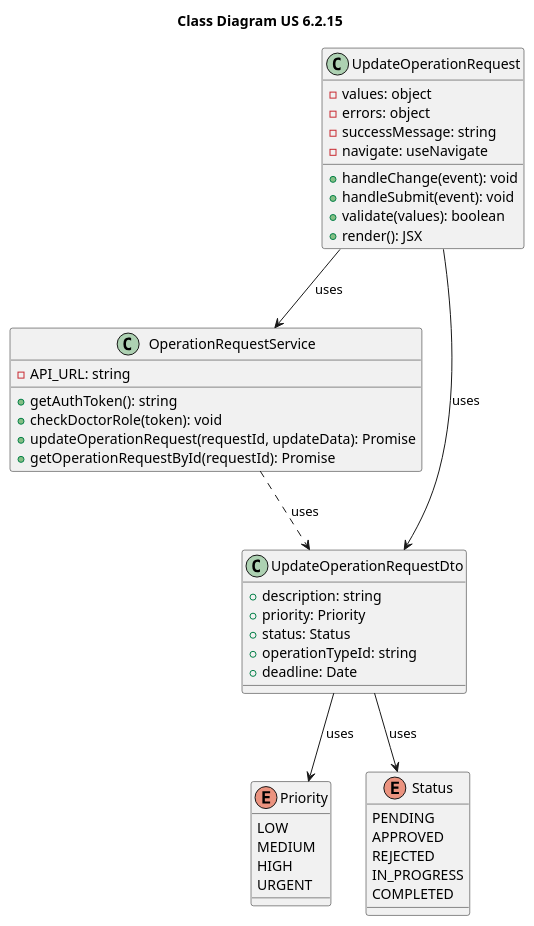
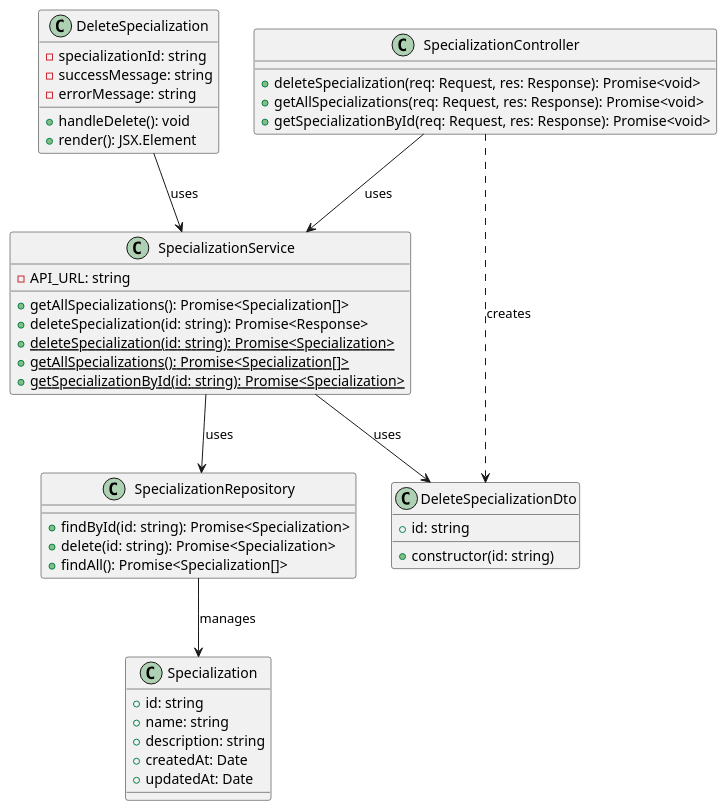
Before and after one commit to HugBar/3DC_G17: the diagram in docs/Sprint3/US 7.2.15/CD.puml, drawn with PlantUML. The commit also changed 9 other files, not shown here.

```diff
--- a/docs/Sprint3/US 7.2.15/CD.puml
+++ b/docs/Sprint3/US 7.2.15/CD.puml
@@ -1,52 +1,58 @@
-@startuml namespace class Diagram 
-title "Class Diagram US 6.2.15"
+@startuml Delete Specialization Class Diagram
 
-class UpdateOperationRequest {
-    -values: object
-    -errors: object
-    -successMessage: string
-    -navigate: useNavigate
-    +handleChange(event): void
-    +handleSubmit(event): void
-    +validate(values): boolean
-    +render(): JSX
+' Frontend Components
+class DeleteSpecialization {
+  - specializationId: string
+  - successMessage: string
+  - errorMessage: string
+  + handleDelete(): void
+  + render(): JSX.Element
 }
 
-class OperationRequestService {
-    -API_URL: string
-    +getAuthToken(): string
-    +checkDoctorRole(token): void
-    +updateOperationRequest(requestId, updateData): Promise
-    +getOperationRequestById(requestId): Promise
+class SpecializationService {
+  - API_URL: string
+  + getAllSpecializations(): Promise<Specialization[]>
+  + deleteSpecialization(id: string): Promise<Response>
 }
 
-class UpdateOperationRequestDto {
-    +description: string
-    +priority: Priority
-    +status: Status
-    +operationTypeId: string
-    +deadline: Date
+' Backend Components
+class SpecializationController {
+  + deleteSpecialization(req: Request, res: Response): Promise<void>
+  + getAllSpecializations(req: Request, res: Response): Promise<void>
+  + getSpecializationById(req: Request, res: Response): Promise<void>
 }
 
-enum Priority {
-    LOW
-    MEDIUM
-    HIGH
-    URGENT
+class SpecializationService {
+  + {static} deleteSpecialization(id: string): Promise<Specialization>
+  + {static} getAllSpecializations(): Promise<Specialization[]>
+  + {static} getSpecializationById(id: string): Promise<Specialization>
 }
 
-enum Status {
-    PENDING
-    APPROVED
-    REJECTED
-    IN_PROGRESS
-    COMPLETED
+class SpecializationRepository {
+  + findById(id: string): Promise<Specialization>
+  + delete(id: string): Promise<Specialization>
+  + findAll(): Promise<Specialization[]>
 }
 
-UpdateOperationRequest --> OperationRequestService : uses
-UpdateOperationRequest --> UpdateOperationRequestDto : uses
-OperationRequestService ..> UpdateOperationRequestDto : uses
-UpdateOperationRequestDto --> Priority : uses
-UpdateOperationRequestDto --> Status : uses
+class DeleteSpecializationDto {
+  + id: string
+  + constructor(id: string)
+}
+
+class Specialization {
+  + id: string
+  + name: string
+  + description: string
+  + createdAt: Date
+  + updatedAt: Date
+}
+
+' Relationships
+DeleteSpecialization --> SpecializationService: uses
+SpecializationController --> SpecializationService: uses
+SpecializationService --> SpecializationRepository: uses
+SpecializationService --> DeleteSpecializationDto: uses
+SpecializationController ..> DeleteSpecializationDto: creates
+SpecializationRepository --> Specialization: manages
 
 @enduml
```
